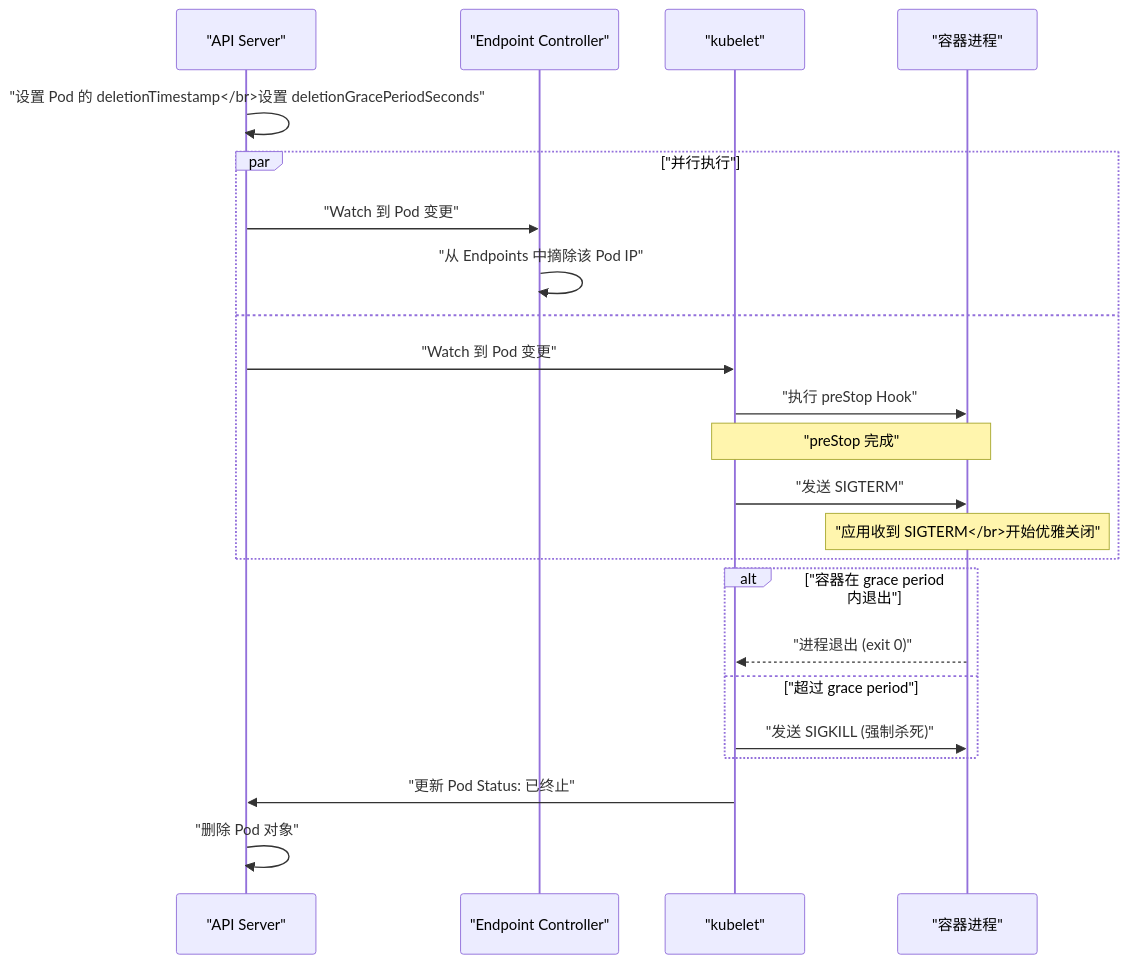
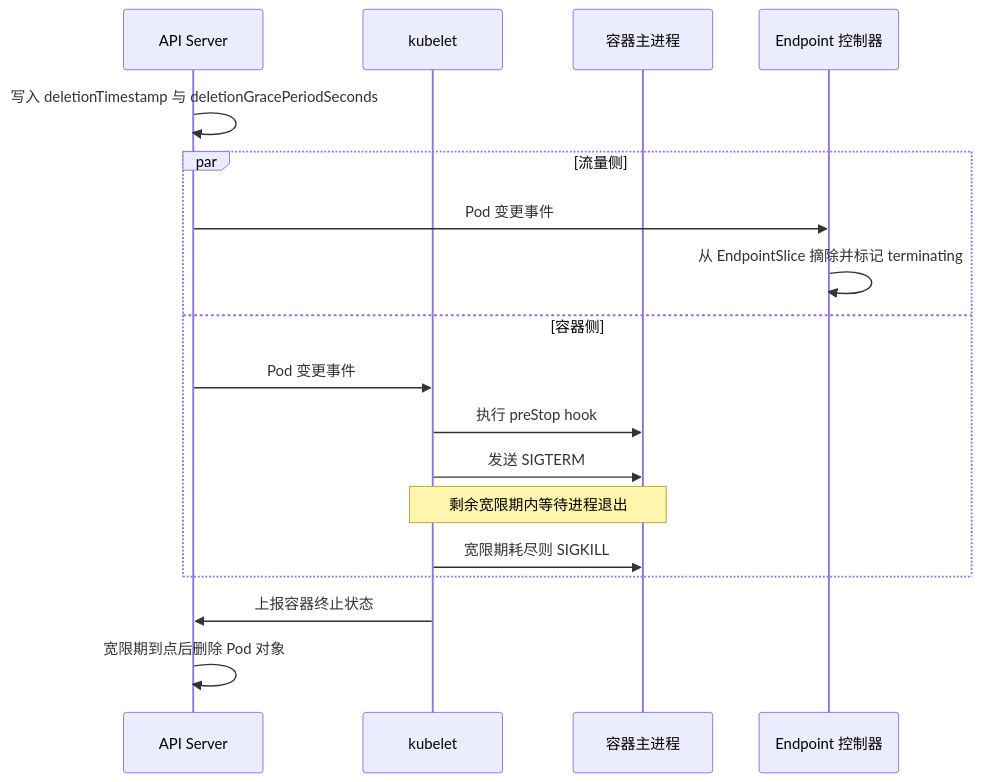
Before and after one commit to hpliStartAgain/my-brain: the sixth of 6 diagrams in content/云原生/Kubernetes/kubernetes生命周期管理和服务发现/02 Pod 生命周期深度解析.md, drawn with Mermaid. The commit also changed other lines of this file and 259 other files, not shown here.

````diff
--- a/content/云原生/Kubernetes/kubernetes生命周期管理和服务发现/02 Pod 生命周期深度解析.md
+++ b/content/云原生/Kubernetes/kubernetes生命周期管理和服务发现/02 Pod 生命周期深度解析.md
@@ -378,30 +459,21 @@
 ```mermaid
 %%{init: {'theme': 'dracula'}}%%
 sequenceDiagram
-    participant API as "API Server"
-    participant EP as "Endpoint Controller"
-    participant KL as "kubelet"
-    participant APP as "容器进程"
-
-    API->>API: "设置 Pod 的 deletionTimestamp</br>设置 deletionGracePeriodSeconds"
-    
-    par "并行执行"
-        API->>EP: "Watch 到 Pod 变更"
-        EP->>EP: "从 Endpoints 中摘除该 Pod IP"
-    and
-        API->>KL: "Watch 到 Pod 变更"
-        KL->>APP: "执行 preStop Hook"
-        Note over KL,APP: "preStop 完成"
-        KL->>APP: "发送 SIGTERM"
-        Note over APP: "应用收到 SIGTERM</br>开始优雅关闭"
+    participant API as API Server
+    participant KL as kubelet
+    participant P as 容器主进程
+    participant EP as Endpoint 控制器
+    API->>API: 写入 deletionTimestamp 与 deletionGracePeriodSeconds
+    par 流量侧
+        API->>EP: Pod 变更事件
+        EP->>EP: 从 EndpointSlice 摘除并标记 terminating
+    and 容器侧
+        API->>KL: Pod 变更事件
+        KL->>P: 执行 preStop hook
+        KL->>P: 发送 SIGTERM
+        Note over KL,P: 剩余宽限期内等待进程退出
+        KL->>P: 宽限期耗尽则 SIGKILL
     end
-
-    alt "容器在 grace period 内退出"
-        APP-->>KL: "进程退出 (exit 0)"
-    else "超过 grace period"
-        KL->>APP: "发送 SIGKILL (强制杀死)"
-    end
-
-    KL->>API: "更新 Pod Status: 已终止"
-    API->>API: "删除 Pod 对象"
+    KL->>API: 上报容器终止状态
+    API->>API: 宽限期到点后删除 Pod 对象
 ```
````
